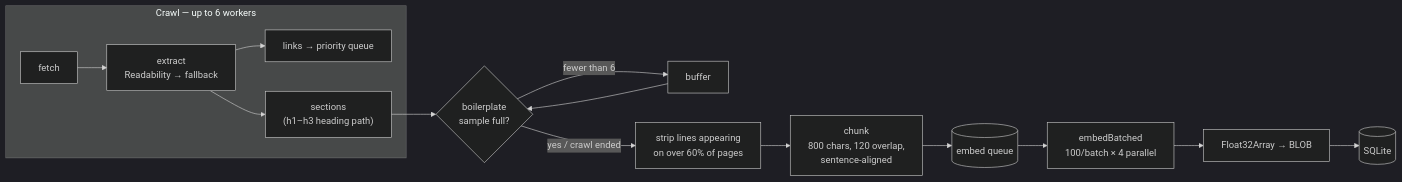
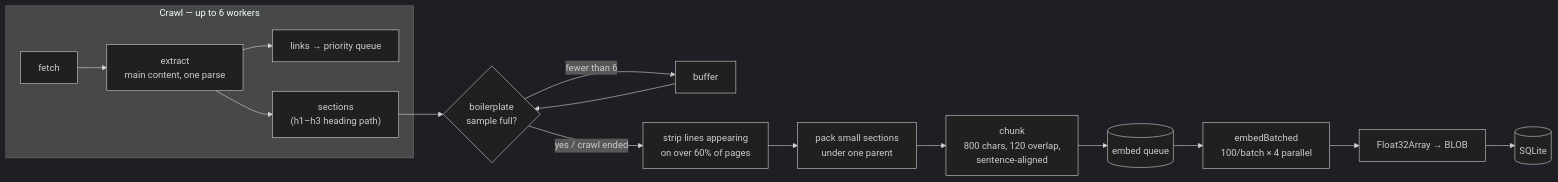
Before and after one commit to jjalcantara1/instant_chatbot: the fifth of 10 diagrams in README.md, drawn with Mermaid (dark theme). The commit also changed other lines of this file and 32 other files, not shown here.

````diff
--- a/README.md
+++ b/README.md
@@ -237,19 +241,20 @@
 ```mermaid
 flowchart LR
     subgraph CRAWL["Crawl — up to 6 workers"]
-        F["fetch"] --> X["extract<br/>Readability → fallback"]
+        F["fetch"] --> X["extract<br/>main content, one parse"]
         X --> L["links → priority queue"]
         X --> SEC["sections<br/>(h1–h3 heading path)"]
     end
 
     SEC --> BUF{"boilerplate<br/>sample full?"}
     BUF -->|"fewer than 6"| HOLD["buffer"]
     HOLD --> BUF
     BUF -->|"yes / crawl ended"| STRIP["strip lines appearing<br/>on over 60% of pages"]
 
-    STRIP --> CH["chunk<br/>800 chars, 120 overlap,<br/>sentence-aligned"]
+    STRIP --> PACK["pack small sections<br/>under one parent"]
+    PACK --> CH["chunk<br/>800 chars, 120 overlap,<br/>sentence-aligned"]
     CH --> Q[("embed queue")]
     Q --> EM["embedBatched<br/>100/batch × 4 parallel"]
     EM --> BLOB["Float32Array → BLOB"]
     BLOB --> DB[("SQLite")]
 ```
````
